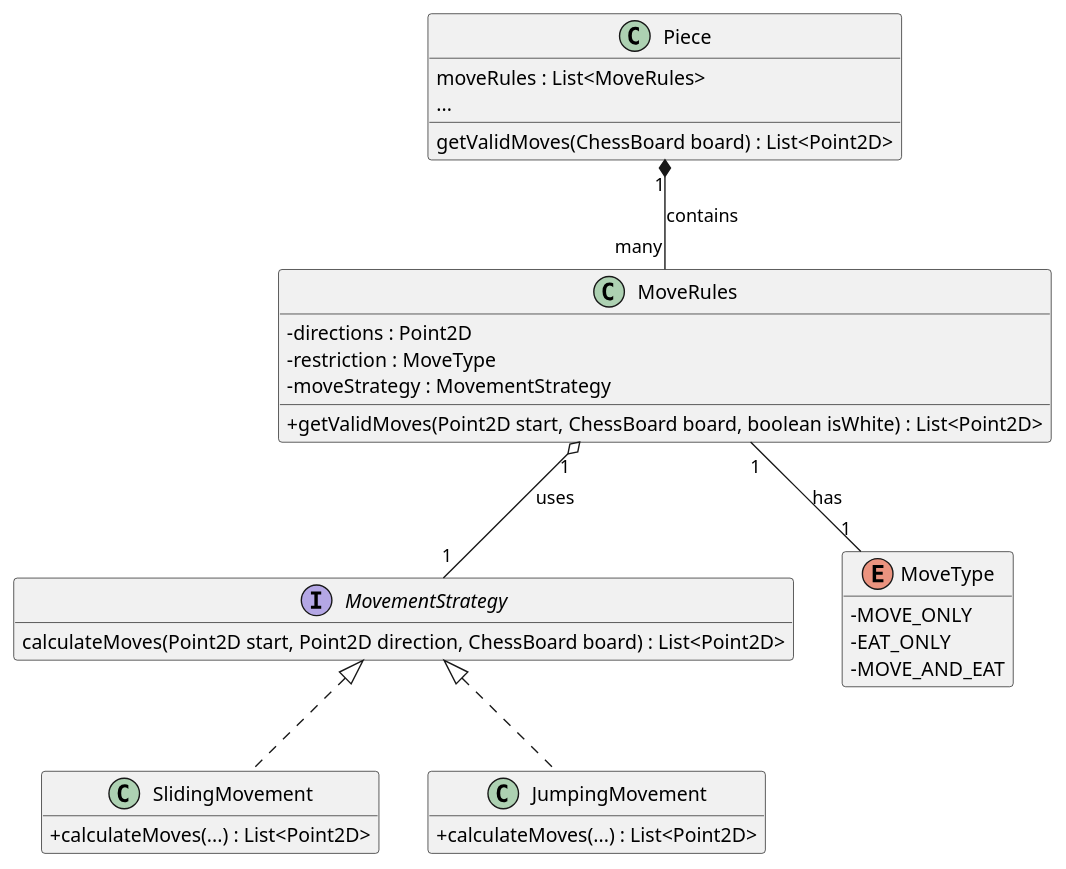
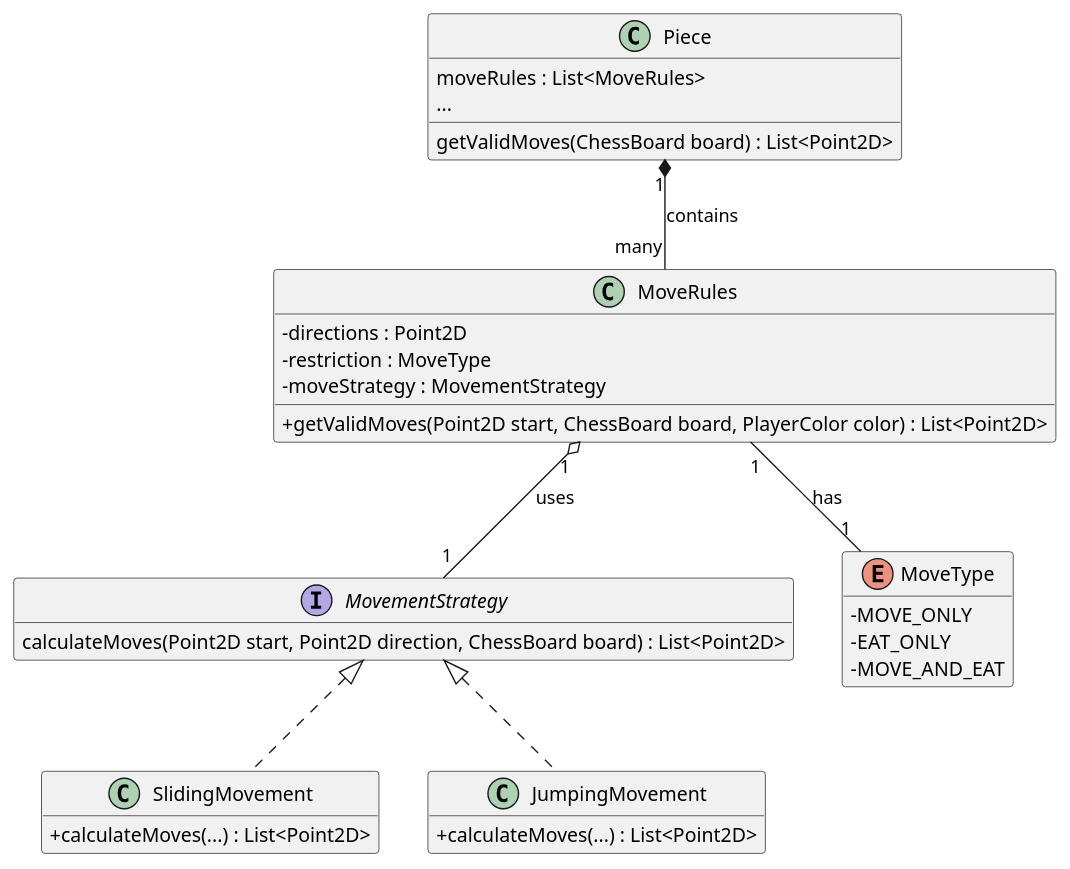
The diagram in docs/Movement.puml (Turbo-Chess/Turbo-Chess), drawn with PlantUML before and after one commit. The commit also changed 11 other files, not shown here.

Commit message:
Refactor color management: replace boolean with PlayerColor enum in entity classes and update related methods

```diff
--- a/docs/Movement.puml
+++ b/docs/Movement.puml
@@ -1,44 +1,44 @@
 @startuml
 skinparam classAttributeIconSize 0
 hide empty fields
 hide empty methods
 
 Interface MovementStrategy {
     calculateMoves(Point2D start, Point2D direction, ChessBoard board) : List<Point2D>
 }
 
 class SlidingMovement {
     + calculateMoves(...) : List<Point2D>
 }
 
 class JumpingMovement {
     + calculateMoves(...) : List<Point2D>
 }
 
 class MoveRules {
     - directions : Point2D
     - restriction : MoveType
     - moveStrategy : MovementStrategy
 
-    + getValidMoves(Point2D start, ChessBoard board, boolean isWhite) : List<Point2D>
+    + getValidMoves(Point2D start, ChessBoard board, PlayerColor color) : List<Point2D>
 }
 
 enum MoveType {
     - MOVE_ONLY
     - EAT_ONLY
     - MOVE_AND_EAT
 }
 
 class Piece {
     moveRules : List<MoveRules>
     ...
 
     getValidMoves(ChessBoard board) : List<Point2D>
 }
 
 MovementStrategy <|.. SlidingMovement
 MovementStrategy <|.. JumpingMovement
 Piece "1" *-- "many" MoveRules : contains
 MoveRules "1" o-- "1" MovementStrategy : uses
 MoveRules "1" -- "1" MoveType : has
 @enduml
```
